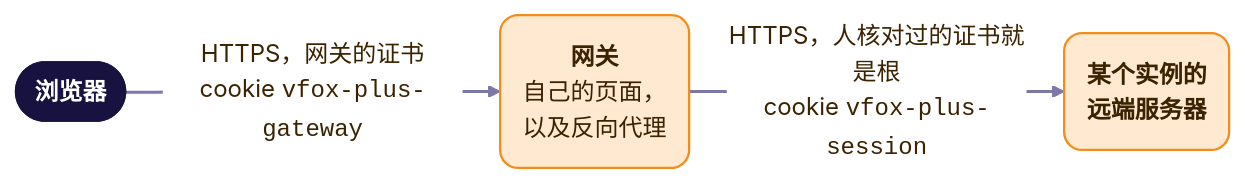
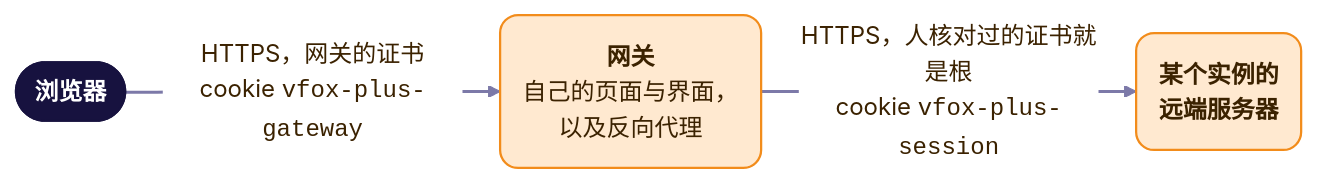
One commit to version-fox/vfox-plus changed the fifth of 5 diagrams in docs/zh-CN/dev/architecture.md. Above: the diagram before and after it, drawn with Mermaid. The commit also changed other lines of this file and 336 other files, not shown here.

````diff
--- a/docs/zh-CN/dev/architecture.md
+++ b/docs/zh-CN/dev/architecture.md
@@ -511,33 +502,33 @@
 ```mermaid
 ---
 config:
   theme: base
   themeVariables:
     fontFamily: "system-ui, -apple-system, 'Segoe UI', 'Noto Sans', 'Noto Sans CJK SC', 'PingFang SC', 'Microsoft YaHei', sans-serif"
     lineColor: "#7C79A8"
     primaryColor: "#FFE9D0"
     primaryBorderColor: "#F28C1B"
     primaryTextColor: "#3B2200"
     clusterBkg: "#F4F2FF"
     clusterBorder: "#B9B3F5"
     titleColor: "#1E1470"
     edgeLabelBackground: "#FFFFFF"
   flowchart:
     curve: basis
     wrappingWidth: 320
     subGraphTitleMargin:
       top: 10
       bottom: 8
 ---
 flowchart LR
     accTitle: 网关的两次配对
-    accDescr: 浏览器用网关的证书经 HTTPS 与网关配对，持有 cookie vfox-plus-gateway。网关经 HTTPS 与某个实例的远端服务器配对，以人核对过的证书为唯一的根，持有 cookie vfox-plus-session。网关提供自己的页面，并转发实例的页面与 API。
-    b(["<b>浏览器</b>"]) -->|"HTTPS，网关的证书<br/>cookie <code>vfox-plus-gateway</code>"| g("<b>网关</b><br/>自己的页面，<br/>以及反向代理")
+    accDescr: 浏览器用网关的证书经 HTTPS 与网关配对，持有 cookie vfox-plus-gateway。网关经 HTTPS 与某个实例的远端服务器配对，以人核对过的证书为唯一的根，持有 cookie vfox-plus-session。网关提供自己的页面与界面页面，并转发实例的 API。
+    b(["<b>浏览器</b>"]) -->|"HTTPS，网关的证书<br/>cookie <code>vfox-plus-gateway</code>"| g("<b>网关</b><br/>自己的页面与界面，<br/>以及反向代理")
     g -->|"HTTPS，人核对过的证书就是根<br/>cookie <code>vfox-plus-session</code>"| r("<b>某个实例的</b><br/><b>远端服务器</b>")
 
     classDef own fill:#FFE9D0,stroke:#F28C1B,color:#3B2200,stroke-width:1.5px,rx:12,ry:12
     classDef client fill:#17123F,stroke:#17123F,color:#FFFFFF,stroke-width:1.5px
     class g,r own
     class b client
     linkStyle default stroke-width:2px
 ```
````
